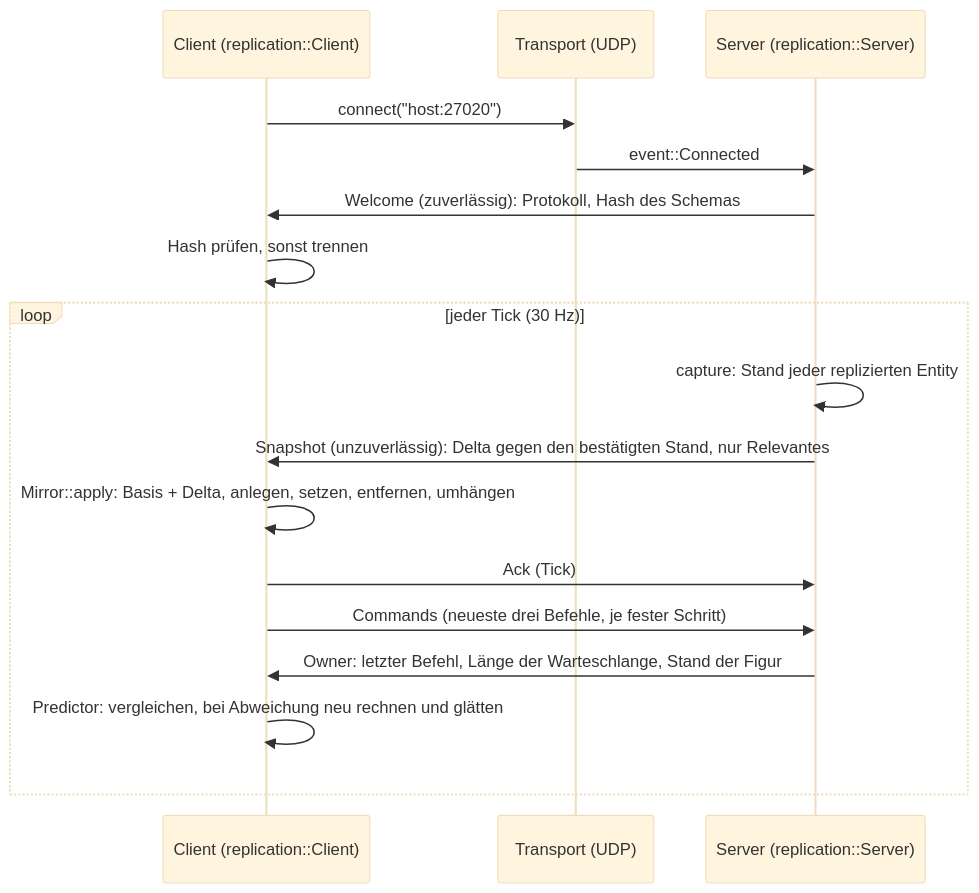
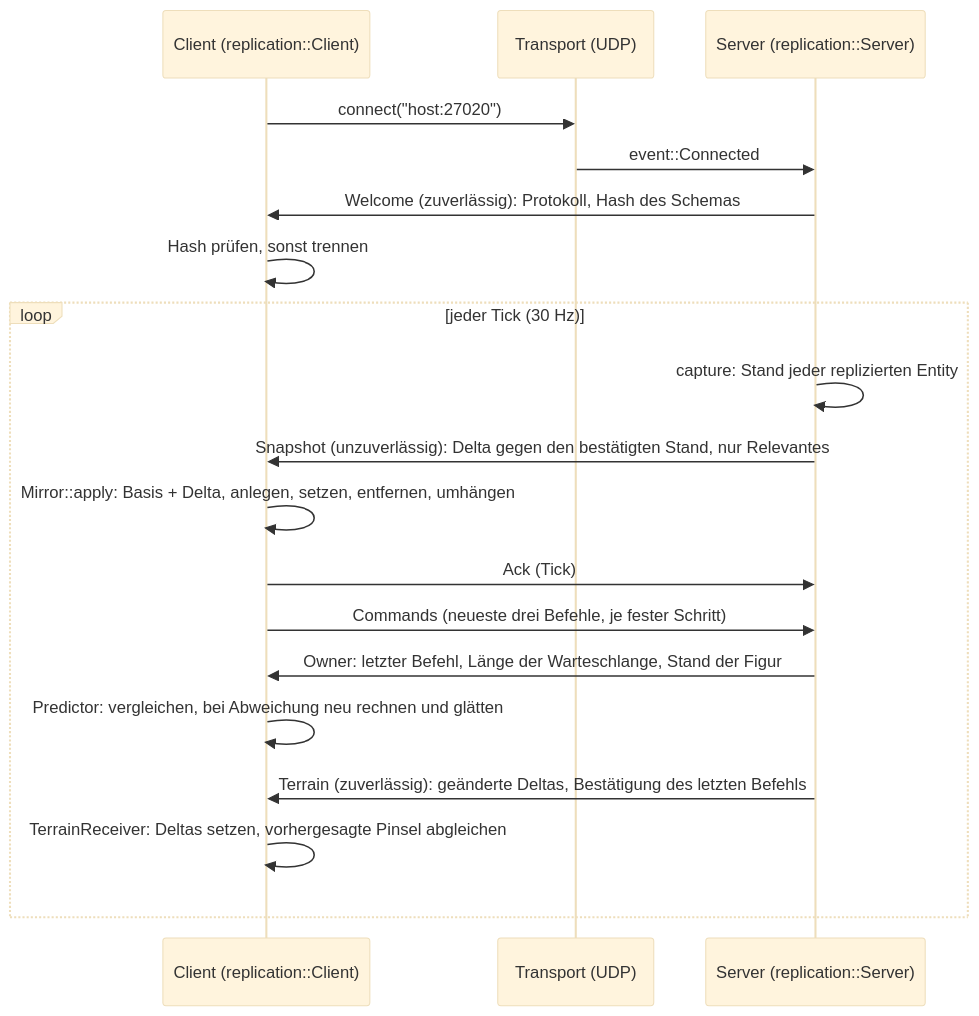
Before and after one commit to viiez/ngine: diagram 20 of 21 in docs/architecture.md, drawn with Mermaid (base theme). The commit also changed other lines of this file and 29 other files, not shown here.

````diff
--- a/docs/architecture.md
+++ b/docs/architecture.md
@@ -793,19 +793,21 @@
 ```mermaid
 sequenceDiagram
     participant C as Client (replication::Client)
     participant T as Transport (UDP)
     participant S as Server (replication::Server)
     C->>T: connect("host:27020")
     T->>S: event::Connected
     S->>C: Welcome (zuverlässig): Protokoll, Hash des Schemas
     C->>C: Hash prüfen, sonst trennen
     loop jeder Tick (30 Hz)
         S->>S: capture: Stand jeder replizierten Entity
         S->>C: Snapshot (unzuverlässig): Delta gegen den bestätigten Stand, nur Relevantes
         C->>C: Mirror::apply: Basis + Delta, anlegen, setzen, entfernen, umhängen
         C->>S: Ack (Tick)
         C->>S: Commands (neueste drei Befehle, je fester Schritt)
         S->>C: Owner: letzter Befehl, Länge der Warteschlange, Stand der Figur
         C->>C: Predictor: vergleichen, bei Abweichung neu rechnen und glätten
+        S->>C: Terrain (zuverlässig): geänderte Deltas, Bestätigung des letzten Befehls
+        C->>C: TerrainReceiver: Deltas setzen, vorhergesagte Pinsel abgleichen
     end
 ```
````
